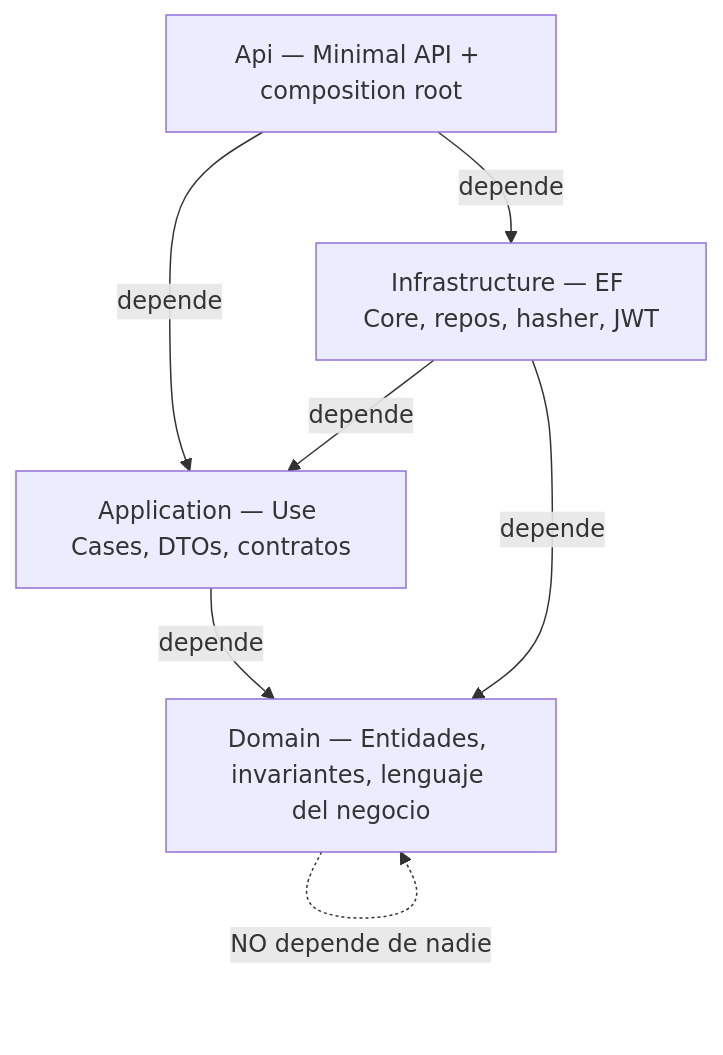
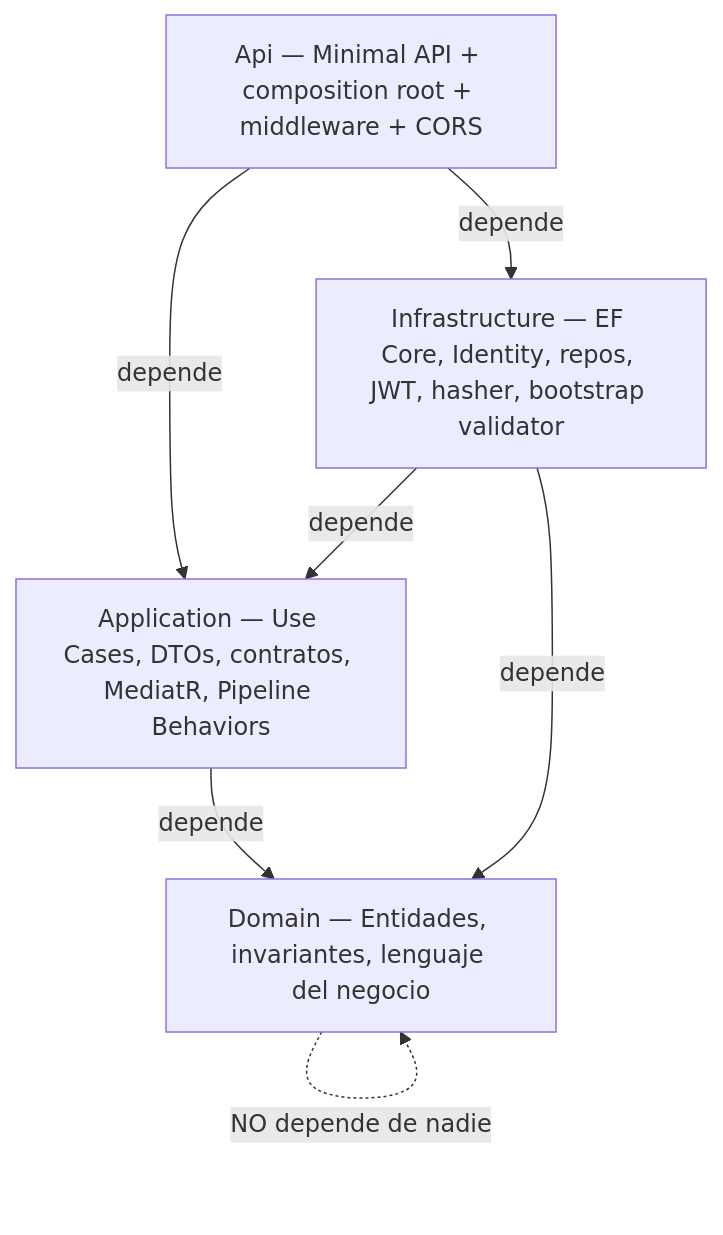
The diagram in docs/roadmap-implementacion.md (adrianbeep/ajn-portfolio-backend), drawn with Mermaid before and after one commit. The commit also changed other lines of this file, not shown here.

Commit message:
docs(roadmap): update F1, F2 and F3 sections

````diff
--- a/docs/roadmap-implementacion.md
+++ b/docs/roadmap-implementacion.md
@@ -60,14 +89,14 @@
 ```mermaid
 graph TD
-    API[Api — Minimal API + composition root]
-    INFRA[Infrastructure — EF Core, repos, hasher, JWT]
-    APP[Application — Use Cases, DTOs, contratos]
+    API[Api — Minimal API + composition root + middleware + CORS]
+    INFRA[Infrastructure — EF Core, Identity, repos, JWT, hasher, bootstrap validator]
+    APP[Application — Use Cases, DTOs, contratos, MediatR, Pipeline Behaviors]
     DOM[Domain — Entidades, invariantes, lenguaje del negocio]
 
     API -->|depende| APP
     API -->|depende| INFRA
     INFRA -->|depende| APP
     INFRA -->|depende| DOM
     APP -->|depende| DOM
     DOM -.->|NO depende de nadie| DOM
 ```
````
